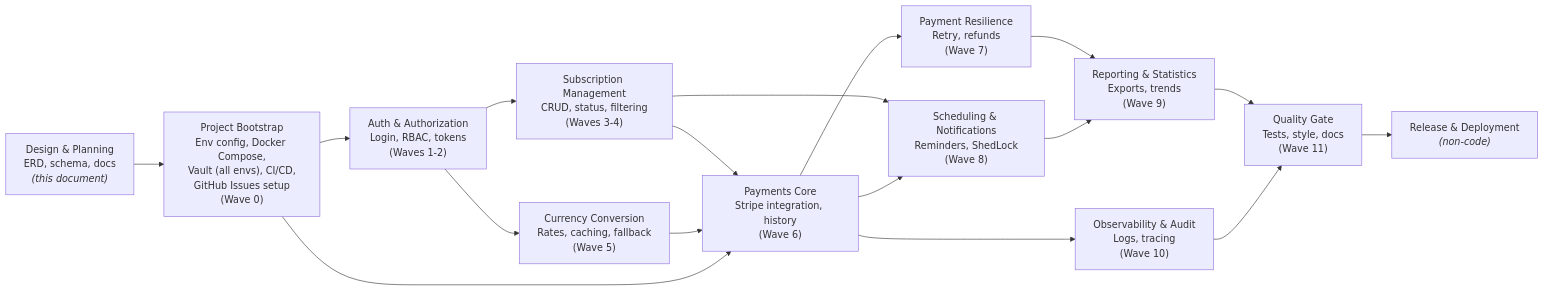
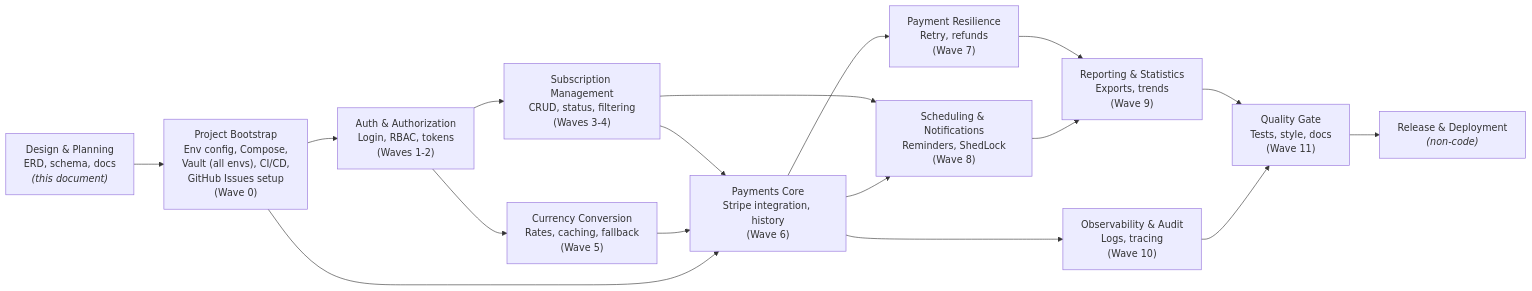
Before and after one commit to cptrobie/subscribe-master: the diagram in subscribe_master_requirements.md, drawn with Mermaid. The commit also changed other lines of this file and 10 other files, not shown here.

````diff
--- a/subscribe_master_requirements.md
+++ b/subscribe_master_requirements.md
@@ -9,26 +9,26 @@
 ```mermaid
 graph LR
-    A["Design & Planning<br/>ERD, schema, docs<br/><i>(this document)</i>"] --> B["Project Bootstrap<br/>Env config, Docker Compose,<br/>Vault (all envs), CI/CD,<br/>GitHub Issues setup<br/>(Wave 0)"]
+    A["Design & Planning<br/>ERD, schema, docs<br/><i>(this document)</i>"] --> B["Project Bootstrap<br/>Env config, Compose,<br/>Vault (all envs), CI/CD,<br/>GitHub Issues setup<br/>(Wave 0)"]
 
     B --> C["Auth & Authorization<br/>Login, RBAC, tokens<br/>(Waves 1-2)"]
 
     C --> D["Subscription Management<br/>CRUD, status, filtering<br/>(Waves 3-4)"]
     C --> E["Currency Conversion<br/>Rates, caching, fallback<br/>(Wave 5)"]
 
     D --> F["Payments Core<br/>Stripe integration, history<br/>(Wave 6)"]
     E --> F
     B --> F
 
     F --> G["Payment Resilience<br/>Retry, refunds<br/>(Wave 7)"]
     D --> H["Scheduling & Notifications<br/>Reminders, ShedLock<br/>(Wave 8)"]
     F --> H
 
     G --> I["Reporting & Statistics<br/>Exports, trends<br/>(Wave 9)"]
     H --> I
     F --> J["Observability & Audit<br/>Logs, tracing<br/>(Wave 10)"]
 
     I --> K["Quality Gate<br/>Tests, style, docs<br/>(Wave 11)"]
     J --> K
 
     K --> L["Release & Deployment<br/><i>(non-code)</i>"]
 ```
````
